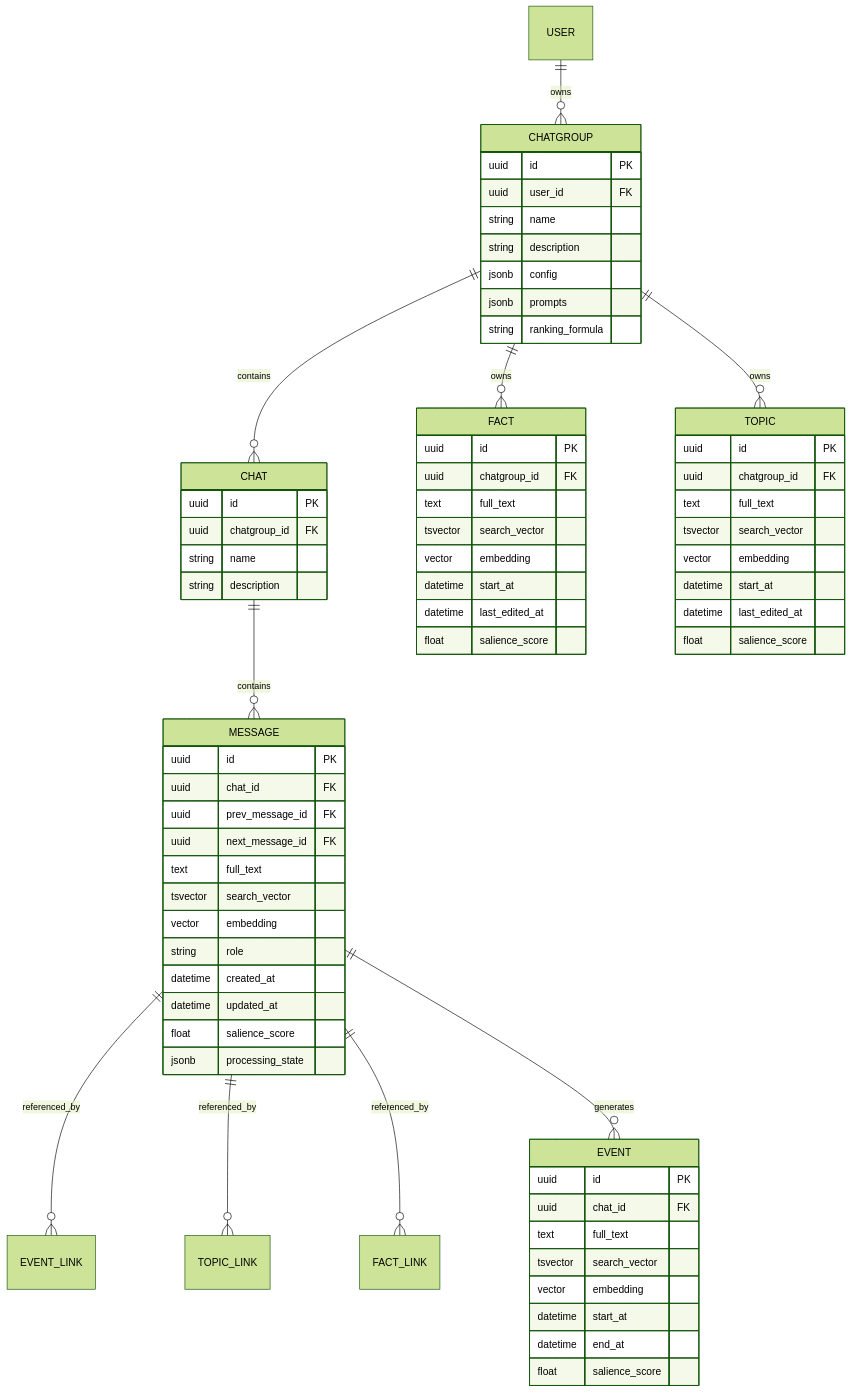
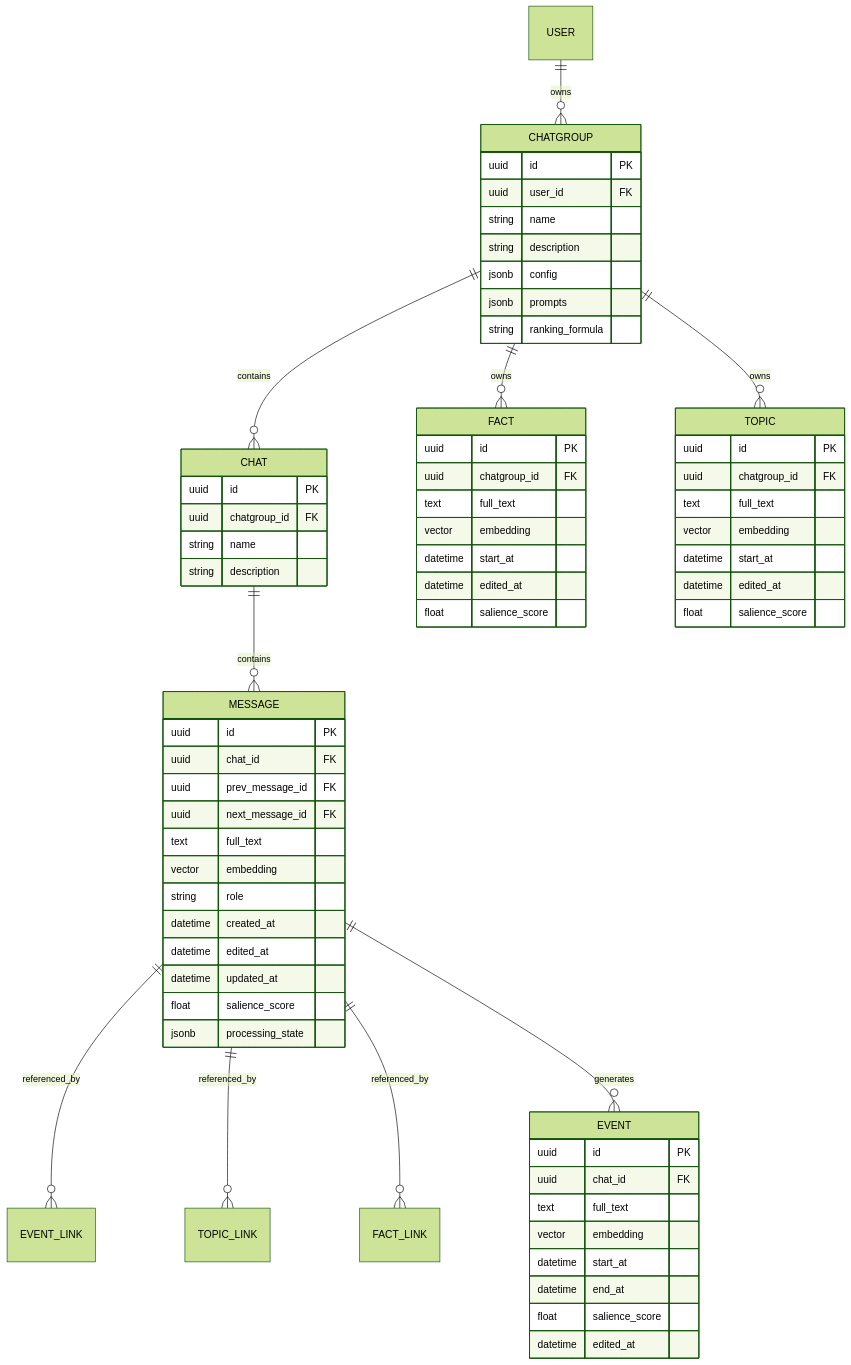
The diagram in documentations/architecture/data-model.md (Stiralbios/vistui), drawn with Mermaid (forest theme) before and after one commit. The commit also changed other lines of this file and 43 other files, not shown here.

````diff
--- a/documentations/architecture/data-model.md
+++ b/documentations/architecture/data-model.md
@@ -17,71 +17,69 @@
 ```mermaid
 erDiagram
     USER ||--o{ CHATGROUP : owns
     CHATGROUP ||--o{ CHAT : contains
     CHATGROUP ||--o{ FACT : owns
     CHATGROUP ||--o{ TOPIC : owns
     CHAT ||--o{ MESSAGE : contains
     MESSAGE ||--o{ EVENT_LINK : referenced_by
     MESSAGE ||--o{ TOPIC_LINK : referenced_by
     MESSAGE ||--o{ FACT_LINK : referenced_by
     MESSAGE ||--o{ EVENT : generates
     CHATGROUP {
         uuid id PK
         uuid user_id FK
         string name
         string description
         jsonb config
         jsonb prompts
         string ranking_formula
     }
     CHAT {
         uuid id PK
         uuid chatgroup_id FK
         string name
         string description
     }
     MESSAGE {
         uuid id PK
         uuid chat_id FK
         uuid prev_message_id FK
         uuid next_message_id FK
         text full_text
-        tsvector search_vector
         vector embedding
         string role
         datetime created_at
+        datetime edited_at
         datetime updated_at
         float salience_score
         jsonb processing_state
     }
     EVENT {
         uuid id PK
         uuid chat_id FK
         text full_text
-        tsvector search_vector
         vector embedding
         datetime start_at
         datetime end_at
         float salience_score
+        datetime edited_at
     }
     TOPIC {
         uuid id PK
         uuid chatgroup_id FK
         text full_text
-        tsvector search_vector
         vector embedding
         datetime start_at
-        datetime last_edited_at
+        datetime edited_at
         float salience_score
     }
     FACT {
         uuid id PK
         uuid chatgroup_id FK
         text full_text
-        tsvector search_vector
         vector embedding
         datetime start_at
-        datetime last_edited_at
+        datetime edited_at
         float salience_score
     }
 ```
````
